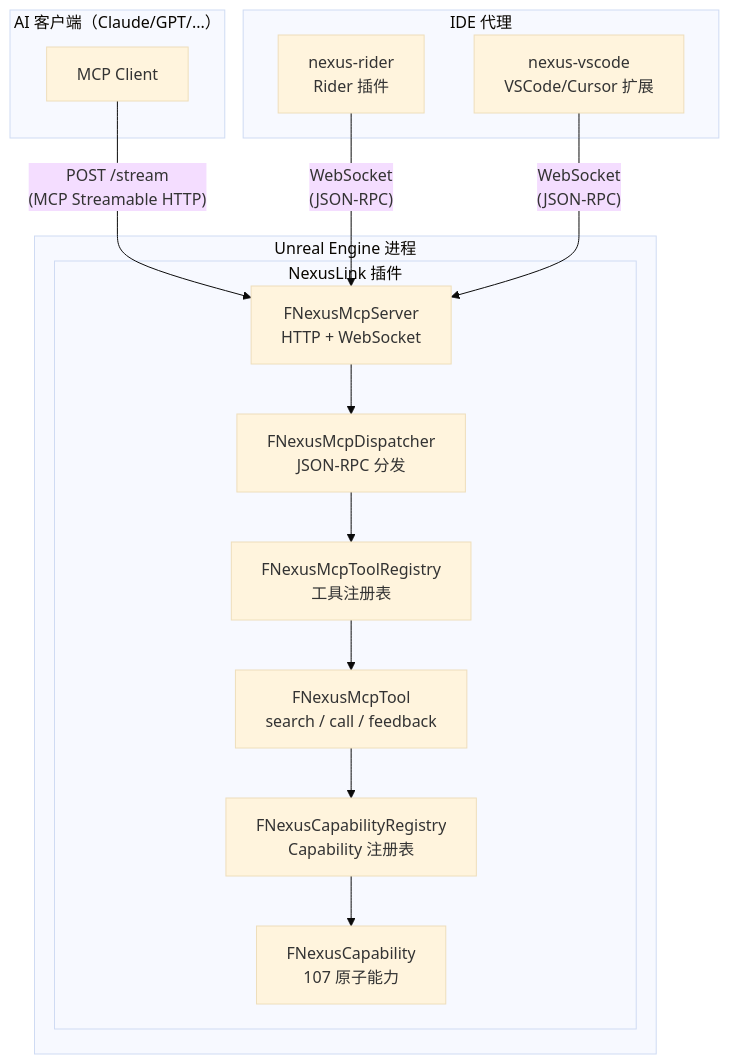
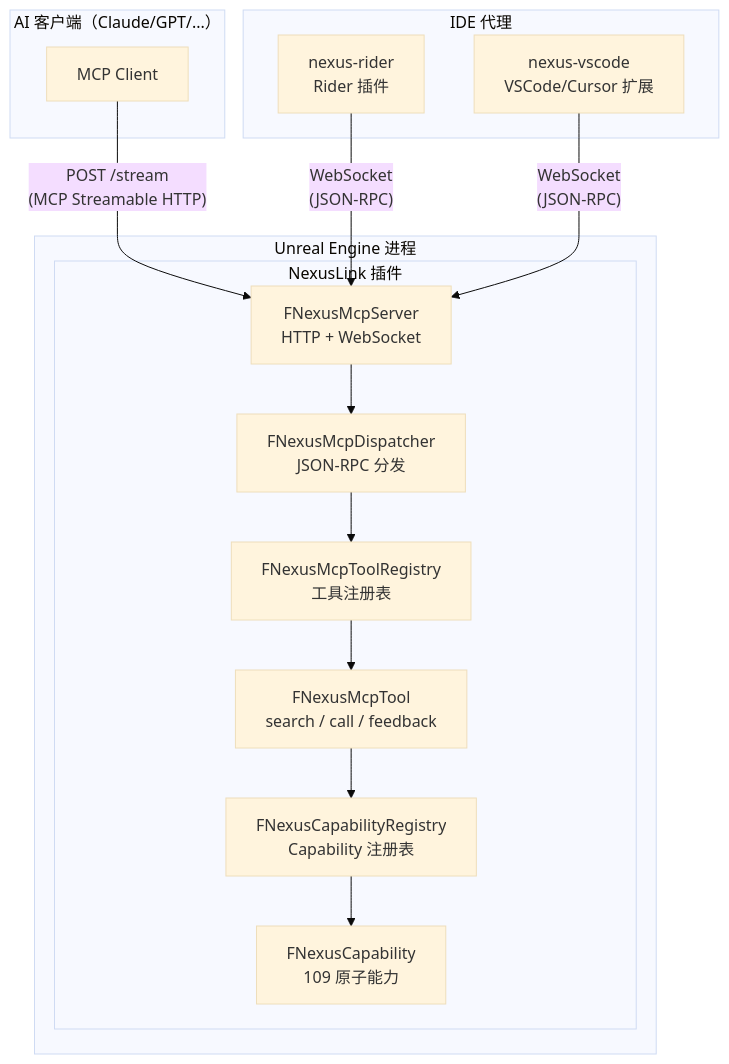
One commit to bytepine/NexusLink changed the first of 6 diagrams in docs/architecture.md. Above: the diagram before and after it, drawn with Mermaid (base theme). The commit also changed other lines of this file and 4 other files, not shown here.

````diff
--- a/docs/architecture.md
+++ b/docs/architecture.md
@@ -5,31 +5,31 @@
 ```mermaid
 graph TB
     subgraph AI["AI 客户端（Claude/GPT/...）"]
         MCP_Client[MCP Client]
     end
 
     subgraph IDE["IDE 代理"]
         Rider[nexus-rider<br>Rider 插件]
         VSCode[nexus-vscode<br>VSCode/Cursor 扩展]
     end
 
     subgraph UE["Unreal Engine 进程"]
         subgraph NexusLink["NexusLink 插件"]
             Server[FNexusMcpServer<br>HTTP + WebSocket]
             Dispatcher[FNexusMcpDispatcher<br>JSON-RPC 分发]
             ToolRegistry[FNexusMcpToolRegistry<br>工具注册表]
             CapRegistry[FNexusCapabilityRegistry<br>Capability 注册表]
             Tools[FNexusMcpTool<br>search / call / feedback]
-            Caps[FNexusCapability<br>107 原子能力]
+            Caps[FNexusCapability<br>109 原子能力]
         end
     end
 
     MCP_Client -->|"POST /stream<br>(MCP Streamable HTTP)"| Server
     Rider -->|"WebSocket<br>(JSON-RPC)"| Server
     VSCode -->|"WebSocket<br>(JSON-RPC)"| Server
     Server --> Dispatcher
     Dispatcher --> ToolRegistry
     ToolRegistry --> Tools
     Tools --> CapRegistry
     CapRegistry --> Caps
 ```
````
